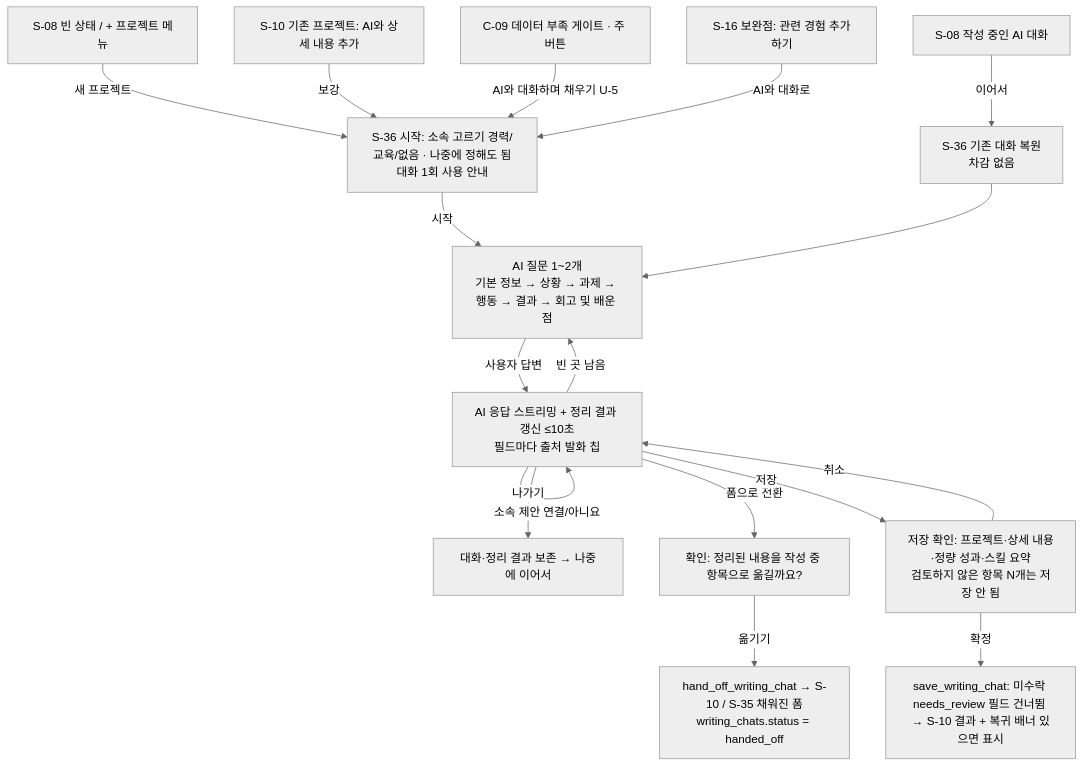
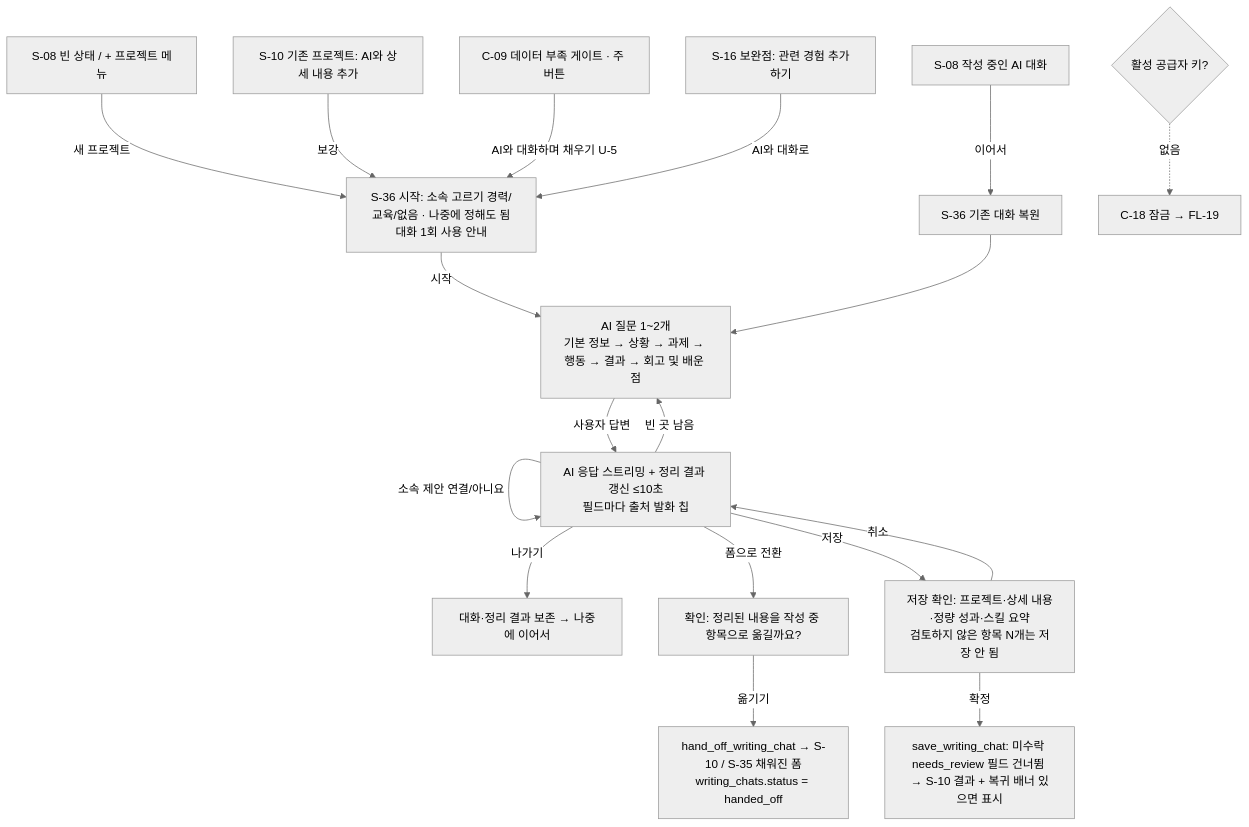
Before and after one commit to j-hyunn/resumate: the fourth of 19 diagrams in _workspace/02_ux-planner_flows.md, drawn with Mermaid (neutral theme). The commit also changed other lines of this file and 11 other files, not shown here.

````diff
--- a/_workspace/02_ux-planner_flows.md
+++ b/_workspace/02_ux-planner_flows.md
@@ -252,22 +272,23 @@
 ```mermaid
 flowchart TD
   A1[S-08 빈 상태 / + 프로젝트 메뉴] -->|새 프로젝트| S
   A2[S-10 기존 프로젝트: AI와 상세 내용 추가] -->|보강| S
   A3[C-09 데이터 부족 게이트 · 주 버튼] -->|AI와 대화하며 채우기 U-5| S
   A4[S-16 보완점: 관련 경험 추가하기] -->|AI와 대화로| S
-  A5[S-08 작성 중인 AI 대화] -->|이어서| R[S-36 기존 대화 복원<br/>차감 없음]
+  A5[S-08 작성 중인 AI 대화] -->|이어서| R[S-36 기존 대화 복원]
+  K0{활성 공급자 키?} -.없음.-> LK[C-18 잠금 → FL-19]
 
   S[S-36 시작: 소속 고르기 경력/교육/없음 · 나중에 정해도 됨<br/>대화 1회 사용 안내] -->|시작| Q[AI 질문 1~2개<br/>기본 정보 → 상황 → 과제 → 행동 → 결과 → 회고 및 배운 점]
   R --> Q
   Q -->|사용자 답변| U[AI 응답 스트리밍 + 정리 결과 갱신 ≤10초<br/>필드마다 출처 발화 칩]
   U -->|빈 곳 남음| Q
   U -->|사용자가 필드 직접 수정 origin = user_edit| U
   U -->|검토 필요 필드 수락/거절| U
   U -->|소속 제안 연결/아니요| U
   U -->|폼으로 전환| F[확인: 정리된 내용을 작성 중 항목으로 옮길까요?]
   F -->|옮기기| G[hand_off_writing_chat → S-10 / S-35 채워진 폼<br/>writing_chats.status = handed_off]
   U -->|저장| V[저장 확인: 프로젝트·상세 내용·정량 성과·스킬 요약<br/>검토하지 않은 항목 N개는 저장 안 됨]
   V -->|확정| W[save_writing_chat: 미수락 needs_review 필드 건너뜀 → S-10 결과 + 복귀 배너 있으면 표시]
   V -->|취소| U
   U -->|나가기| P[대화·정리 결과 보존 → 나중에 이어서]
 ```
````
